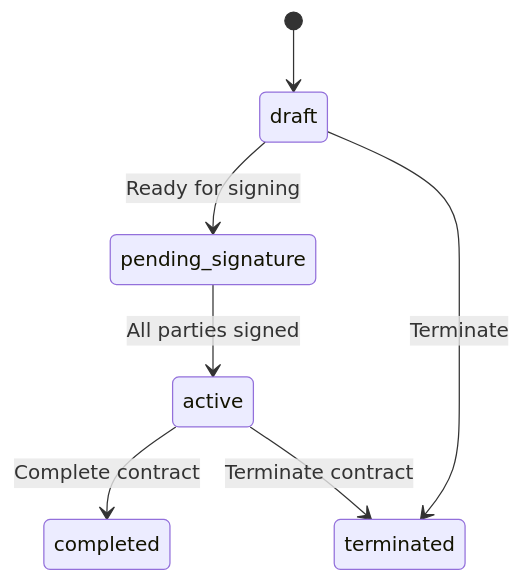
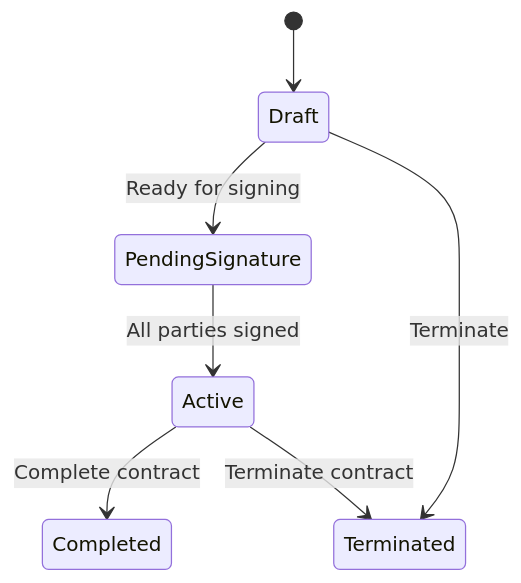
The fifth of 6 diagrams in docs/PM-Twin-Complete-User-Guide.md (Mabdelmofdy/PMtwin1), drawn with Mermaid before and after one commit. The commit also changed other lines of this file and 1 other file, not shown here.

````diff
--- a/docs/PM-Twin-Complete-User-Guide.md
+++ b/docs/PM-Twin-Complete-User-Guide.md
@@ -907,9 +905,9 @@
 ```mermaid
 stateDiagram-v2
-  [*] --> draft
-  draft --> pending_signature: Ready for signing
-  pending_signature --> active: All parties signed
-  active --> completed: Complete contract
-  active --> terminated: Terminate contract
-  draft --> terminated: Terminate
+  [*] --> Draft
+  Draft --> PendingSignature: Ready for signing
+  PendingSignature --> Active: All parties signed
+  Active --> Completed: Complete contract
+  Active --> Terminated: Terminate contract
+  Draft --> Terminated: Terminate
 ```
````
